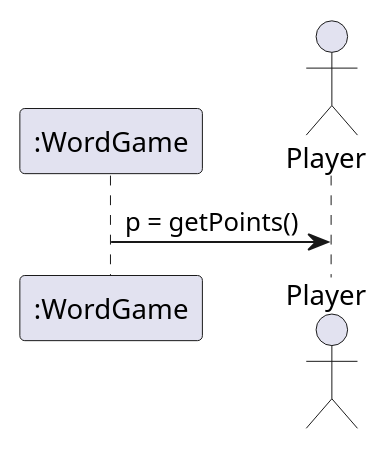
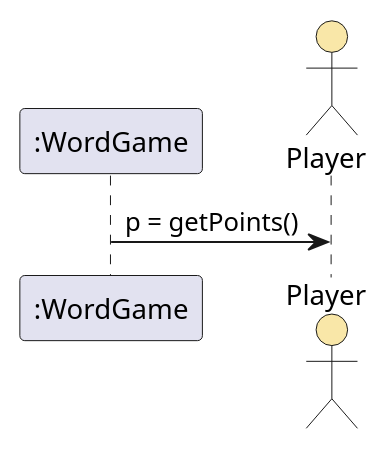
The ninth of 23 diagrams in app/check-design/_sections/common-mistakes-before-and-after.mdx (HAN-Craftsmanship-KL-JJG/oose-study), drawn with PlantUML before and after one commit. The commit also changed other lines of this file and 37 other files, not shown here.

````diff
--- a/app/check-design/_sections/common-mistakes-before-and-after.mdx
+++ b/app/check-design/_sections/common-mistakes-before-and-after.mdx
@@ -118,5 +118,5 @@
 ```plantuml
     participant ":WordGame" as G
-    actor "Player" as S
+    actor "Player" as S #F9E7A8
     G -> S : p = getPoints()
 ```
````
